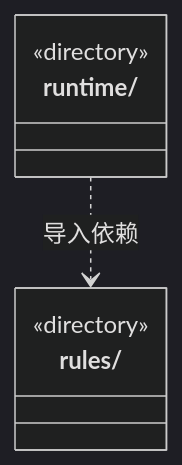
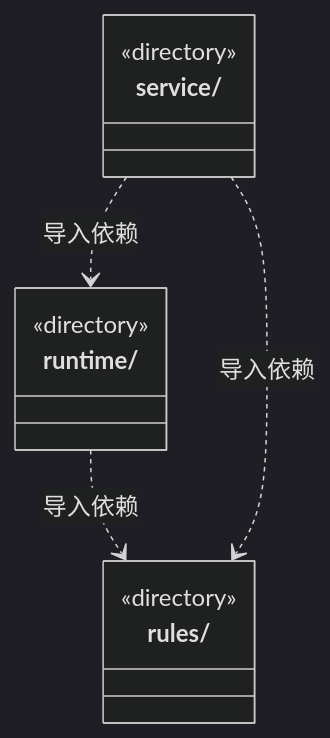
One commit to nan023062/cbim changed the diagram in src/logic/automation/ARCHITECTURE.md. Above: the diagram before and after it, drawn with Mermaid (dark theme). The commit also changed other lines of this file and 657 other files, not shown here.

````diff
--- a/src/logic/automation/ARCHITECTURE.md
+++ b/src/logic/automation/ARCHITECTURE.md
@@ -15,10 +15,15 @@
 ```mermaid
 classDiagram
 class N_src_logic_automation_rules["rules/"] {
   <<directory>>
 }
 class N_src_logic_automation_runtime["runtime/"] {
   <<directory>>
 }
+class N_src_logic_automation_service["service/"] {
+  <<directory>>
+}
 N_src_logic_automation_runtime ..> N_src_logic_automation_rules : 导入依赖
+N_src_logic_automation_service ..> N_src_logic_automation_runtime : 导入依赖
+N_src_logic_automation_service ..> N_src_logic_automation_rules : 导入依赖
 ```
````
